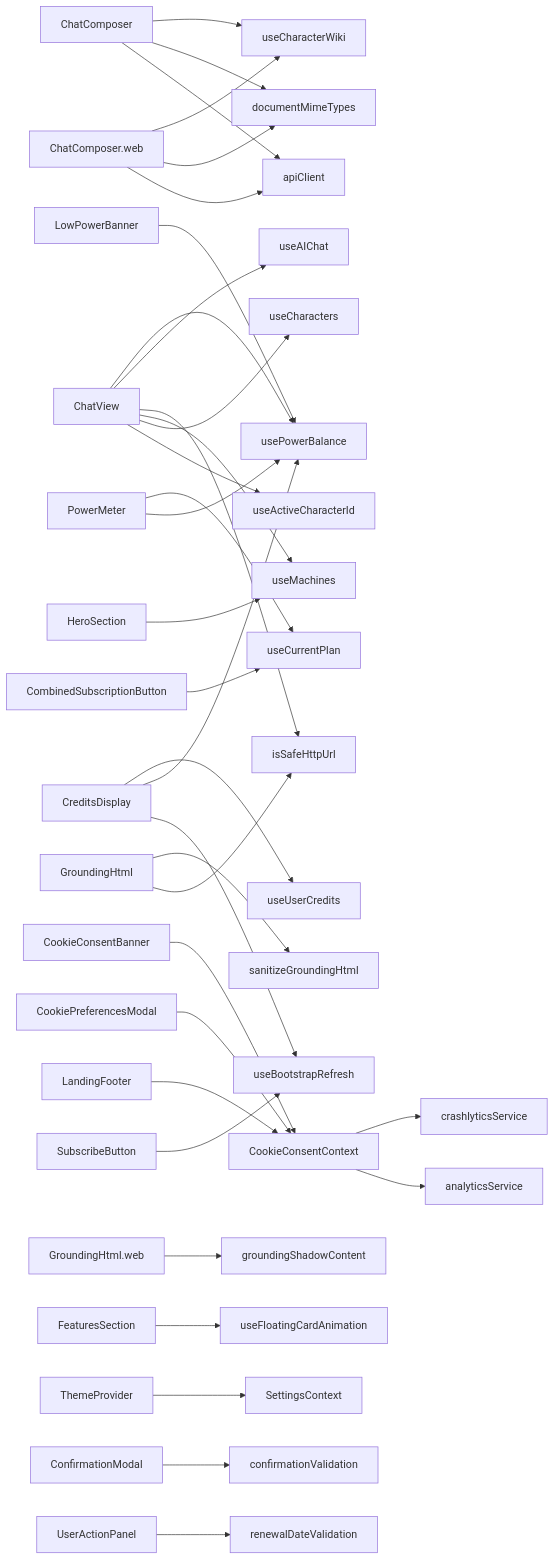
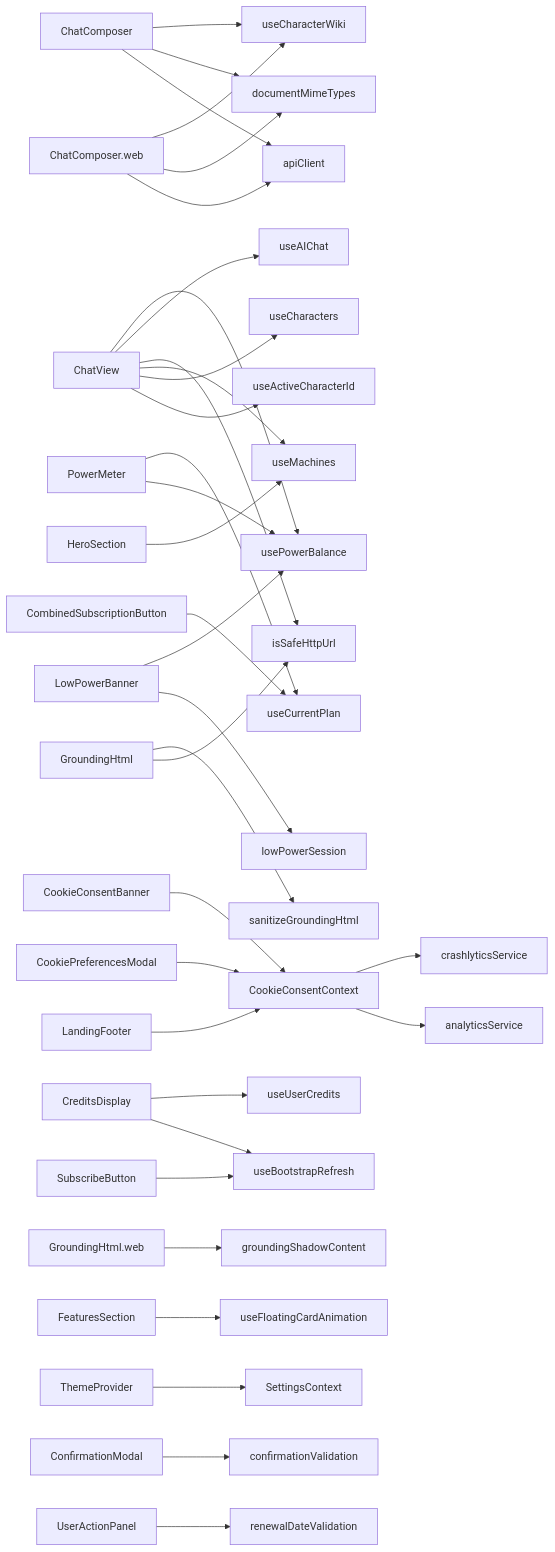
One commit to equationalapplications/clanker changed the diagram in docs/flowcharts/COMPONENTS.md. Above: the diagram before and after it, drawn with Mermaid. The commit also changed 1 other file, not shown here.

Commit message:
docs: update flowchart dependencies for lowPowerSession refactoring
Remove stale usePowerBalance import from CreditsDisplay, update
LowPowerBanner to lowPowerSession in both component and machine graphs.

````diff
--- a/docs/flowcharts/COMPONENTS.md
+++ b/docs/flowcharts/COMPONENTS.md
@@ -4,36 +4,36 @@
 ```mermaid
 graph LR
   ChatComposer --> useCharacterWiki
   ChatComposer --> documentMimeTypes
   ChatComposer --> apiClient
   ChatComposer.web --> useCharacterWiki
   ChatComposer.web --> documentMimeTypes
   ChatComposer.web --> apiClient
   ChatView --> usePowerBalance
   ChatView --> useAIChat
   ChatView --> isSafeHttpUrl
   ChatView --> useMachines
   ChatView --> useCharacters
   ChatView --> useActiveCharacterId
   CombinedSubscriptionButton --> useCurrentPlan
   CookieConsentBanner --> CookieConsentContext
   CookieConsentContext --> crashlyticsService
   CookieConsentContext --> analyticsService
   CookiePreferencesModal --> CookieConsentContext
   CreditsDisplay --> useUserCredits
-  CreditsDisplay --> usePowerBalance
   CreditsDisplay --> useBootstrapRefresh
   GroundingHtml --> sanitizeGroundingHtml
   GroundingHtml --> isSafeHttpUrl
   GroundingHtml.web --> groundingShadowContent
   FeaturesSection --> useFloatingCardAnimation
   HeroSection --> useMachines
   LandingFooter --> CookieConsentContext
   LowPowerBanner --> usePowerBalance
+  LowPowerBanner --> lowPowerSession
   PowerMeter --> useCurrentPlan
   PowerMeter --> usePowerBalance
   SubscribeButton --> useBootstrapRefresh
   ThemeProvider --> SettingsContext
   ConfirmationModal --> confirmationValidation
   UserActionPanel --> renewalDateValidation
 ```
````
